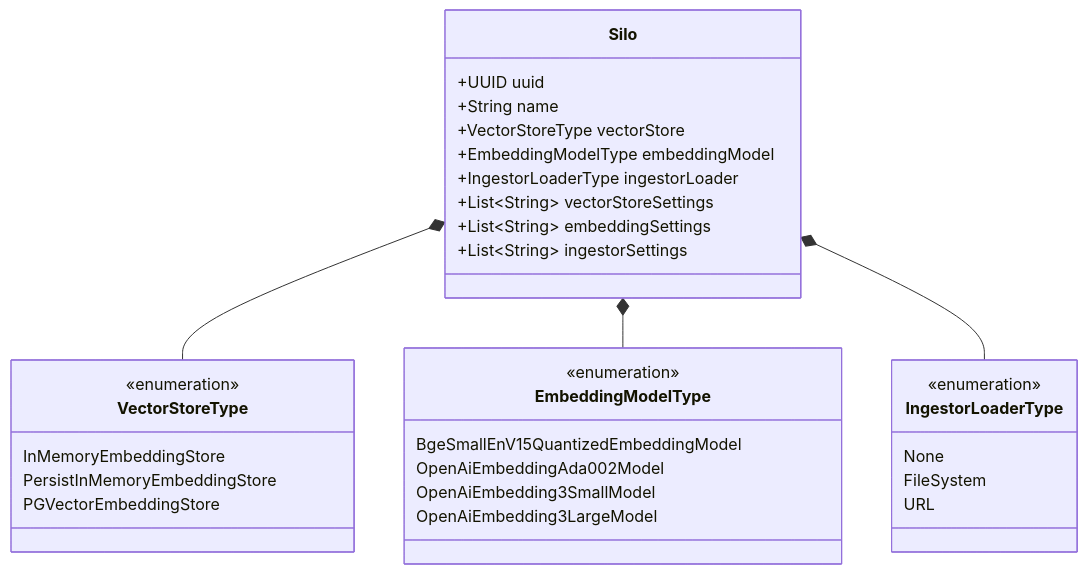
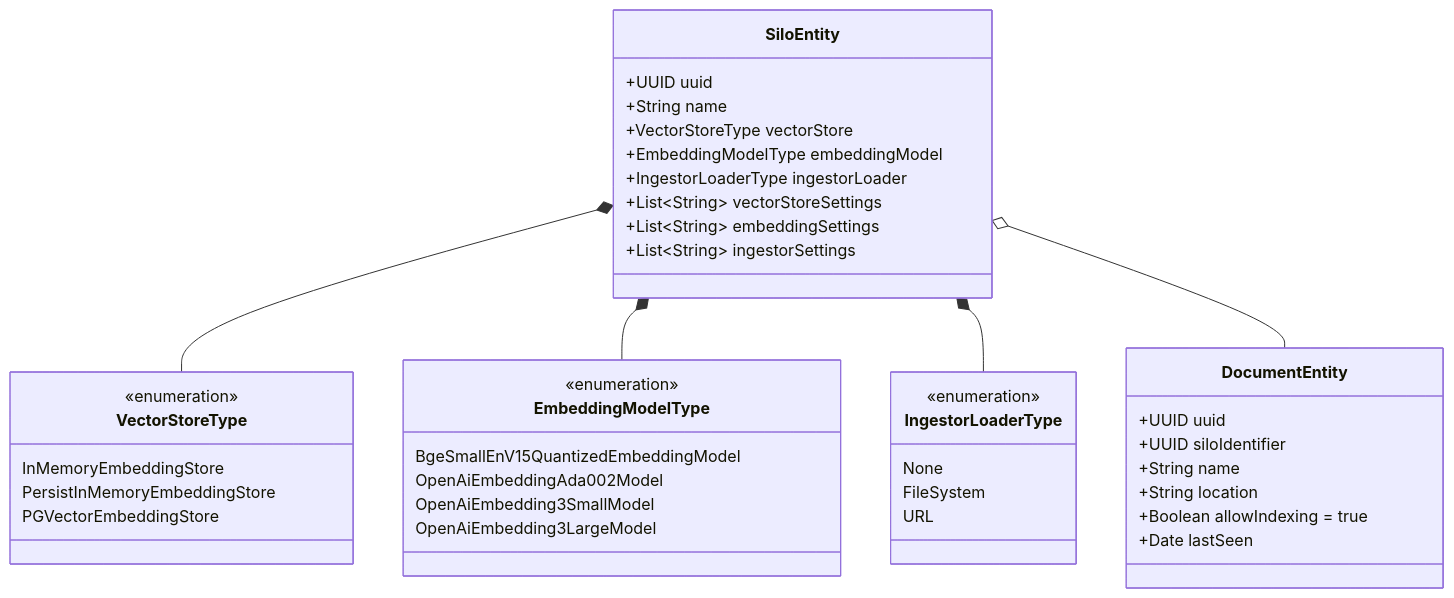
One commit to dRAGon-Okinawa/docs changed the third of 7 diagrams in docs/about-dragon/glossary/whats-a-silo.md. Above: the diagram before and after it, drawn with Mermaid.

Commit message:
GITBOOK-44: No subject

````diff
--- a/docs/about-dragon/glossary/whats-a-silo.md
+++ b/docs/about-dragon/glossary/whats-a-silo.md
@@ -37,35 +37,44 @@
 ```mermaid
 classDiagram
-class Silo {
+class SiloEntity {
     +UUID uuid
     +String name
     +VectorStoreType vectorStore
     +EmbeddingModelType embeddingModel
     +IngestorLoaderType ingestorLoader
     +List~String~ vectorStoreSettings
     +List~String~ embeddingSettings
     +List~String~ ingestorSettings
 }
 class VectorStoreType {
     <<enumeration>>
     InMemoryEmbeddingStore
     PersistInMemoryEmbeddingStore
     PGVectorEmbeddingStore
 }
-Silo *-- VectorStoreType
+SiloEntity *-- VectorStoreType
 class EmbeddingModelType {
     <<enumeration>>
     BgeSmallEnV15QuantizedEmbeddingModel
     OpenAiEmbeddingAda002Model
     OpenAiEmbedding3SmallModel
     OpenAiEmbedding3LargeModel
 }
-Silo *-- EmbeddingModelType
+SiloEntity *-- EmbeddingModelType
 class IngestorLoaderType {
     <<enumeration>>
     None
     FileSystem
     URL
 }
-Silo *-- IngestorLoaderType
+SiloEntity *-- IngestorLoaderType
+class DocumentEntity {
+  +UUID uuid
+  +UUID siloIdentifier
+  +String name
+  +String location
+  +Boolean allowIndexing = true
+  +Date lastSeen
+}
+SiloEntity o-- DocumentEntity
 ```
````
